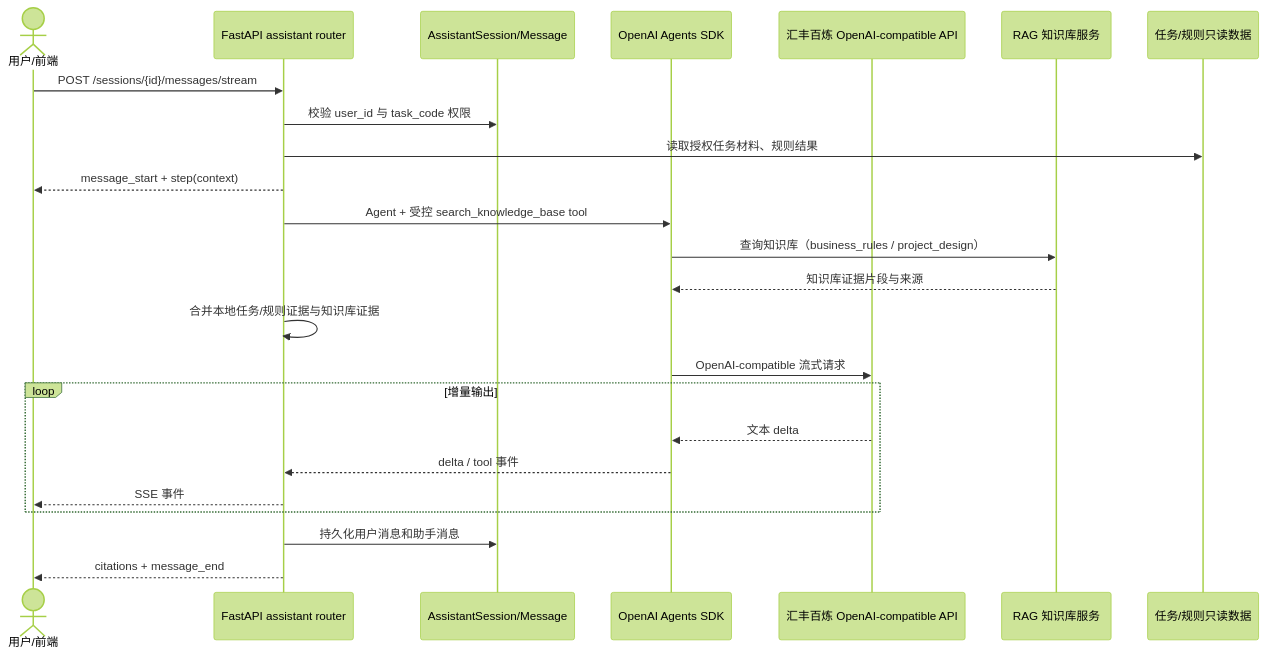
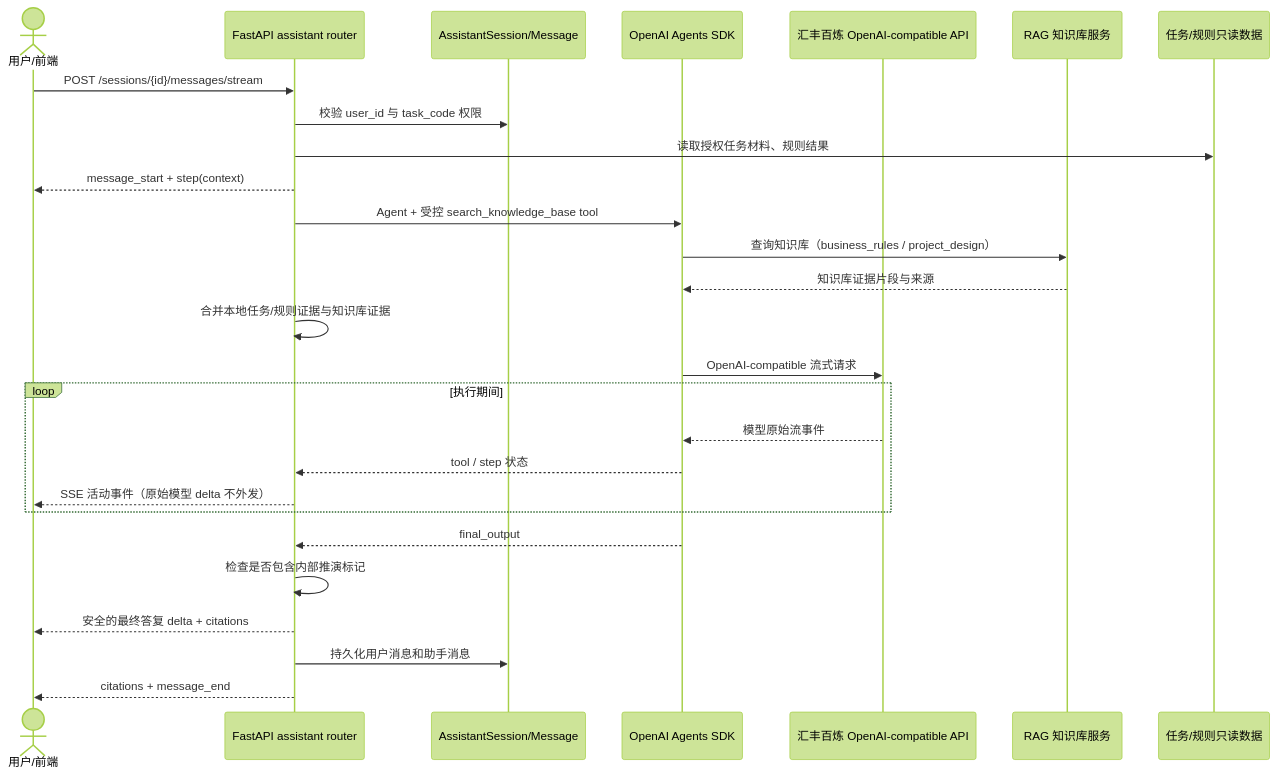
One commit to HBCN-AI-Campaign/HBCN-AI-Campaign-Team8 changed the diagram in docs/ai-assistant/README.md. Above: the diagram before and after it, drawn with Mermaid (forest theme). The commit also changed other lines of this file and 1 other file, not shown here.

````diff
--- a/docs/ai-assistant/README.md
+++ b/docs/ai-assistant/README.md
@@ -88,27 +92,30 @@
 ```mermaid
 sequenceDiagram
     actor U as 用户/前端
     participant API as FastAPI assistant router
     participant DB as AssistantSession/Message
     participant Agent as OpenAI Agents SDK
     participant GW as 汇丰百炼 OpenAI-compatible API
     participant RAG as RAG 知识库服务
     participant Task as 任务/规则只读数据
 
     U->>API: POST /sessions/{id}/messages/stream
     API->>DB: 校验 user_id 与 task_code 权限
     API->>Task: 读取授权任务材料、规则结果
     API-->>U: message_start + step(context)
     API->>Agent: Agent + 受控 search_knowledge_base tool
     Agent->>RAG: 查询知识库（business_rules / project_design）
     RAG-->>Agent: 知识库证据片段与来源
     API->>API: 合并本地任务/规则证据与知识库证据
     Agent->>GW: OpenAI-compatible 流式请求
-    loop 增量输出
-        GW-->>Agent: 文本 delta
-        Agent-->>API: delta / tool 事件
-        API-->>U: SSE 事件
+    loop 执行期间
+        GW-->>Agent: 模型原始流事件
+        Agent-->>API: tool / step 状态
+        API-->>U: SSE 活动事件（原始模型 delta 不外发）
     end
+    Agent-->>API: final_output
+    API->>API: 检查是否包含内部推演标记
+    API-->>U: 安全的最终答复 delta + citations
     API->>DB: 持久化用户消息和助手消息
     API-->>U: citations + message_end
 ```
````
